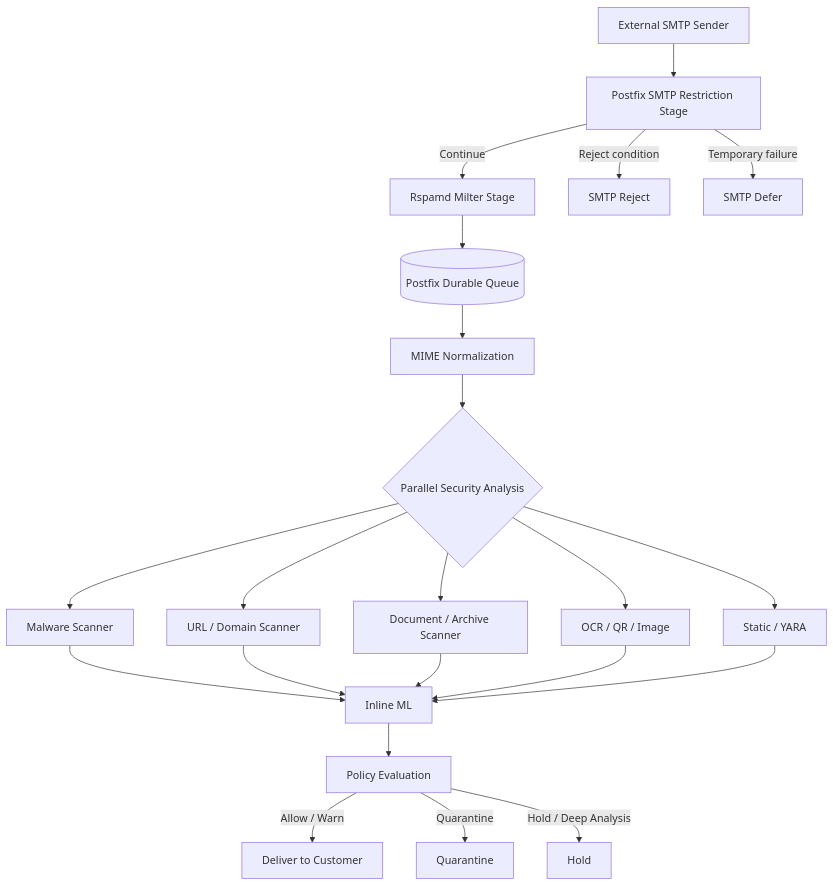
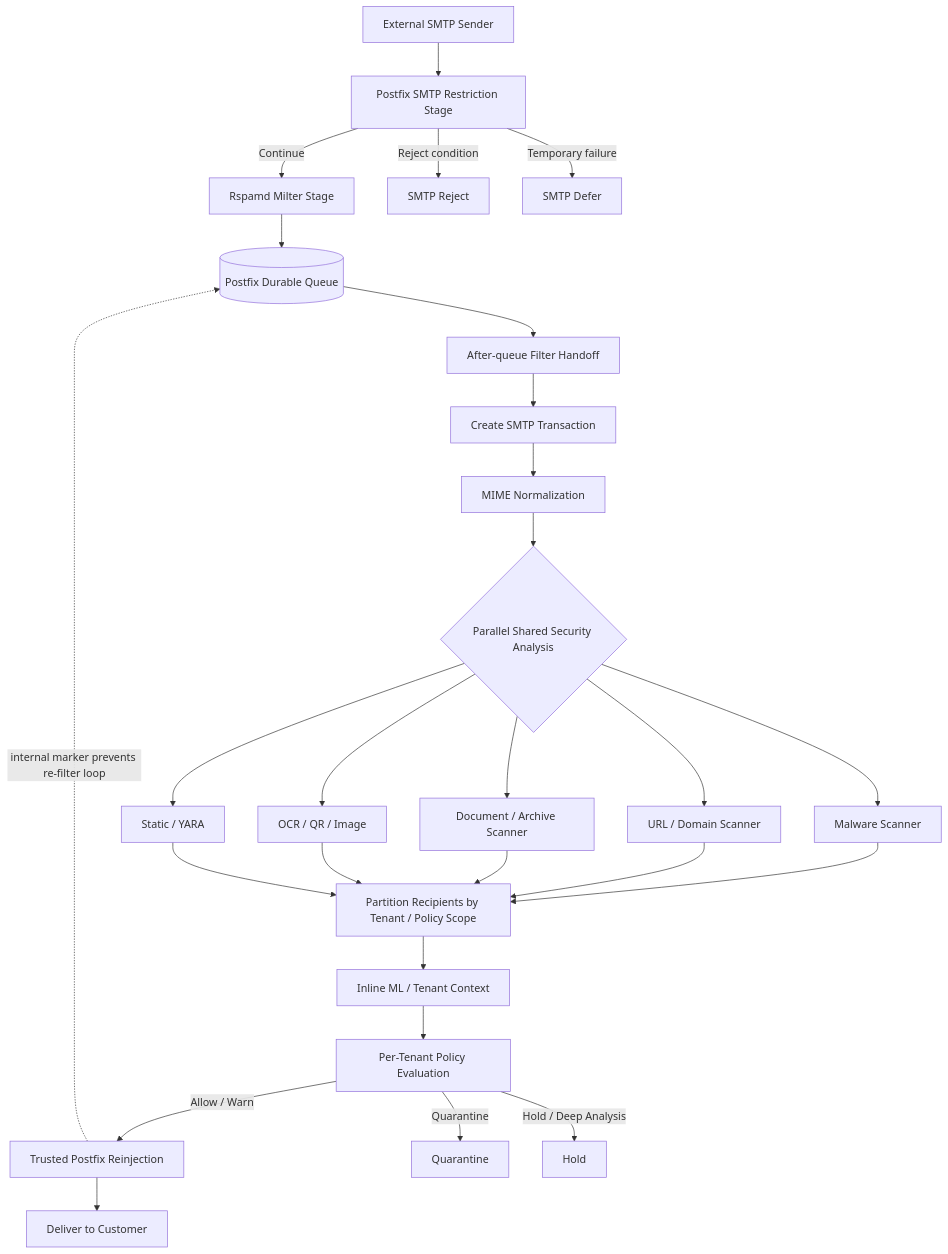
One commit to Oba-SEG/Nullapart changed the diagram in docs/diagrams/01-inbound-mail-flow.mmd. Above: the diagram before and after it, drawn with Mermaid.

Commit message:
docs: correct inbound flow for after-queue tenant partitioning

```diff
--- a/docs/diagrams/01-inbound-mail-flow.mmd
+++ b/docs/diagrams/01-inbound-mail-flow.mmd
@@ -1,43 +1,48 @@
 flowchart TD
     Sender[External SMTP Sender]
     Restrict[Postfix SMTP Restriction Stage]
     Milter[Rspamd Milter Stage]
     Queue[(Postfix Durable Queue)]
+    Handoff[After-queue Filter Handoff]
+    Tx[Create SMTP Transaction]
     Normalize[MIME Normalization]
-    Fanout{Parallel Security Analysis}
+    Fanout{Parallel Shared Security Analysis}
     Malware[Malware Scanner]
     URL[URL / Domain Scanner]
     Docs[Document / Archive Scanner]
     OCR[OCR / QR / Image]
     Static[Static / YARA]
-    ML[Inline ML]
-    Policy[Policy Evaluation]
+    Split[Partition Recipients by Tenant / Policy Scope]
+    ML[Inline ML / Tenant Context]
+    Policy[Per-Tenant Policy Evaluation]
+    Reinject[Trusted Postfix Reinjection]
     Deliver[Deliver to Customer]
     Quarantine[Quarantine]
     Hold[Hold]
     Reject[SMTP Reject]
     Defer[SMTP Defer]
 
     Sender --> Restrict
     Restrict -->|Reject condition| Reject
     Restrict -->|Temporary failure| Defer
     Restrict -->|Continue| Milter
-    Milter --> Queue
-    Queue --> Normalize --> Fanout
+    Milter --> Queue --> Handoff --> Tx --> Normalize --> Fanout
 
     Fanout --> Malware
     Fanout --> URL
     Fanout --> Docs
     Fanout --> OCR
     Fanout --> Static
 
-    Malware --> ML
-    URL --> ML
-    Docs --> ML
-    OCR --> ML
-    Static --> ML
+    Malware --> Split
+    URL --> Split
+    Docs --> Split
+    OCR --> Split
+    Static --> Split
 
-    ML --> Policy
-    Policy -->|Allow / Warn| Deliver
+    Split --> ML --> Policy
+    Policy -->|Allow / Warn| Reinject --> Deliver
     Policy -->|Quarantine| Quarantine
     Policy -->|Hold / Deep Analysis| Hold
+
+    Reinject -. internal marker prevents re-filter loop .-> Queue
```
